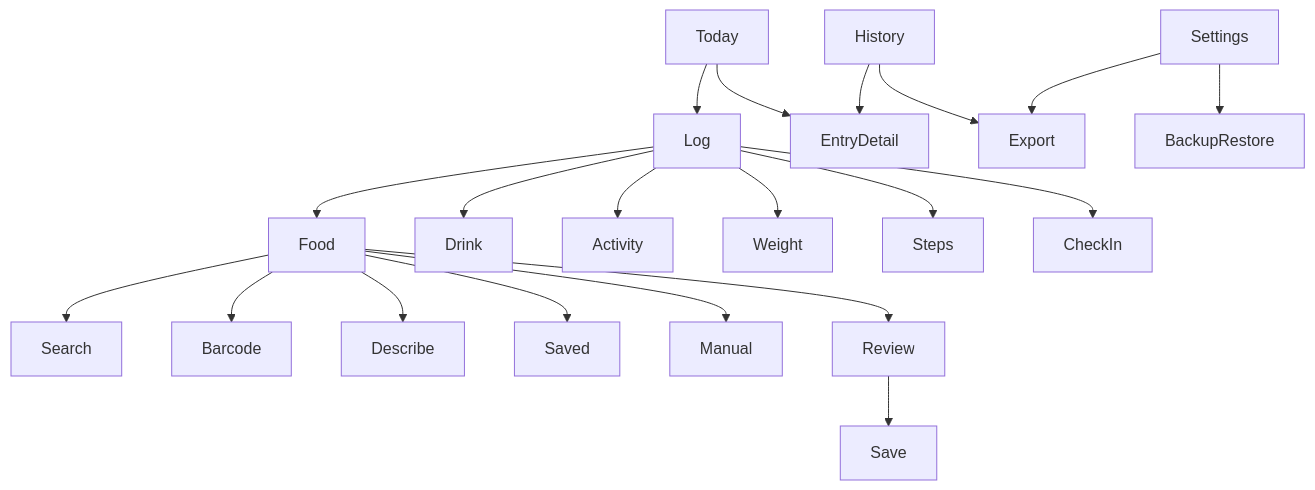
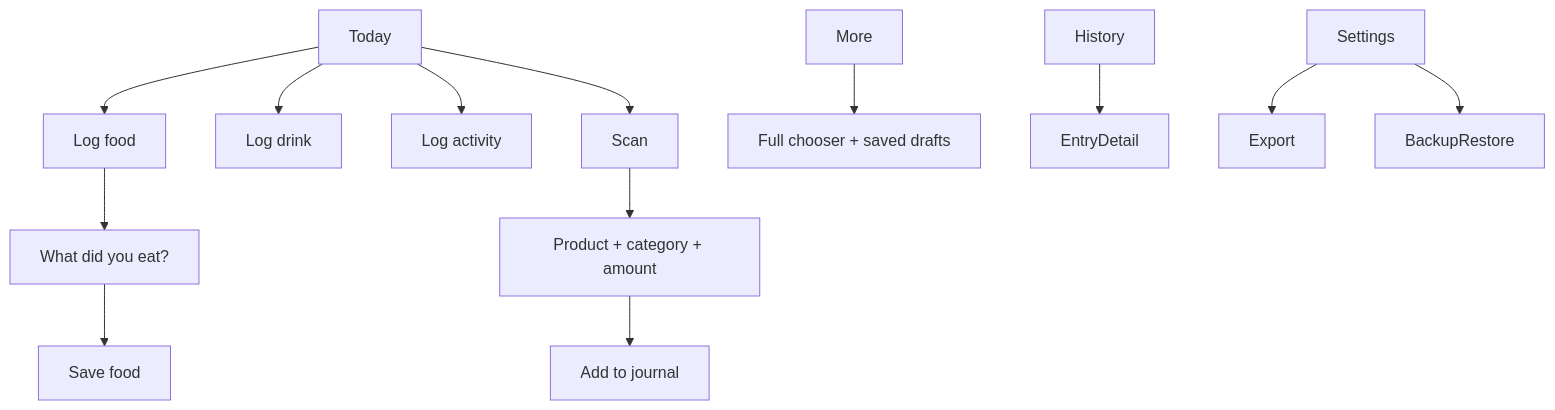
Before and after one commit to khaleelclark/Newleaf: the diagram in docs/EXPERIENCE.md, drawn with Mermaid. The commit also changed other lines of this file and 21 other files, not shown here.

Commit message:
Make everyday logging direct from food drink and movement trackers

````diff
--- a/docs/EXPERIENCE.md
+++ b/docs/EXPERIENCE.md
@@ -22,22 +22,15 @@
 ```mermaid
 flowchart TD
-    Today --> Log
+    Today --> LogFood[Log food]
+    Today --> LogDrink[Log drink]
+    Today --> LogActivity[Log activity]
+    Today --> Scan
+    LogFood --> Description[What did you eat?]
+    Description --> SaveFood[Save food]
+    Scan --> Review[Product + category + amount]
+    Review --> Add[Add to journal]
+    More --> FullChooser[Full chooser + saved drafts]
     History --> EntryDetail
-    Today --> EntryDetail
-    Log --> Food
-    Log --> Drink
-    Log --> Activity
-    Log --> Weight
-    Log --> Steps
-    Log --> CheckIn
-    Food --> Search
-    Food --> Barcode
-    Food --> Describe
-    Food --> Saved
-    Food --> Manual
-    Food --> Review
-    Review --> Save
-    History --> Export
     Settings --> Export
     Settings --> BackupRestore
 ```
````
